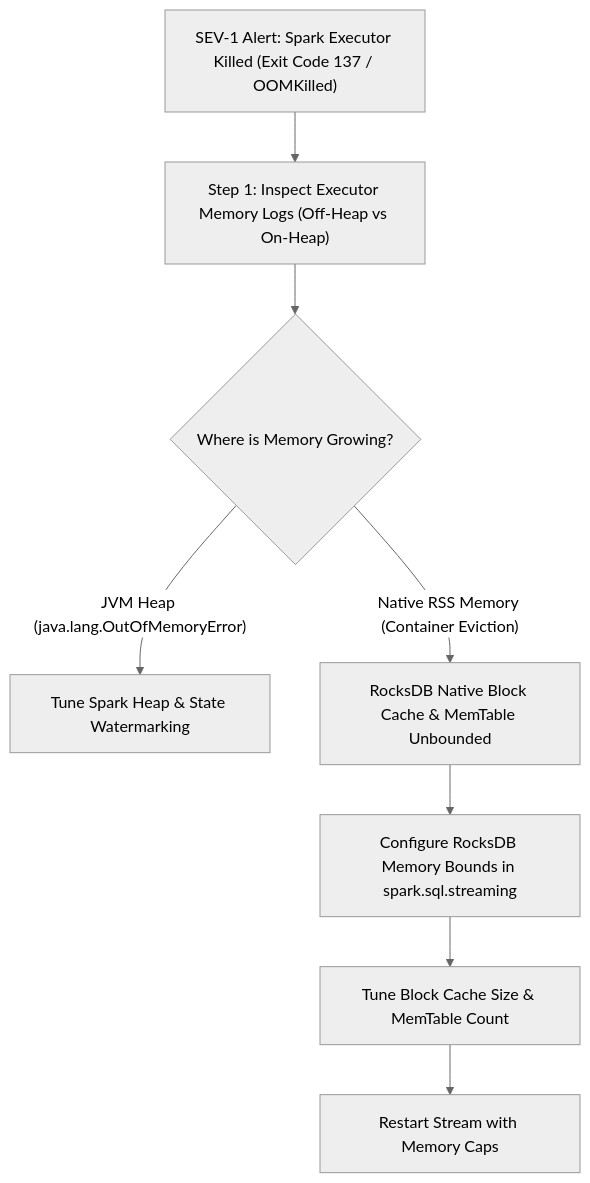
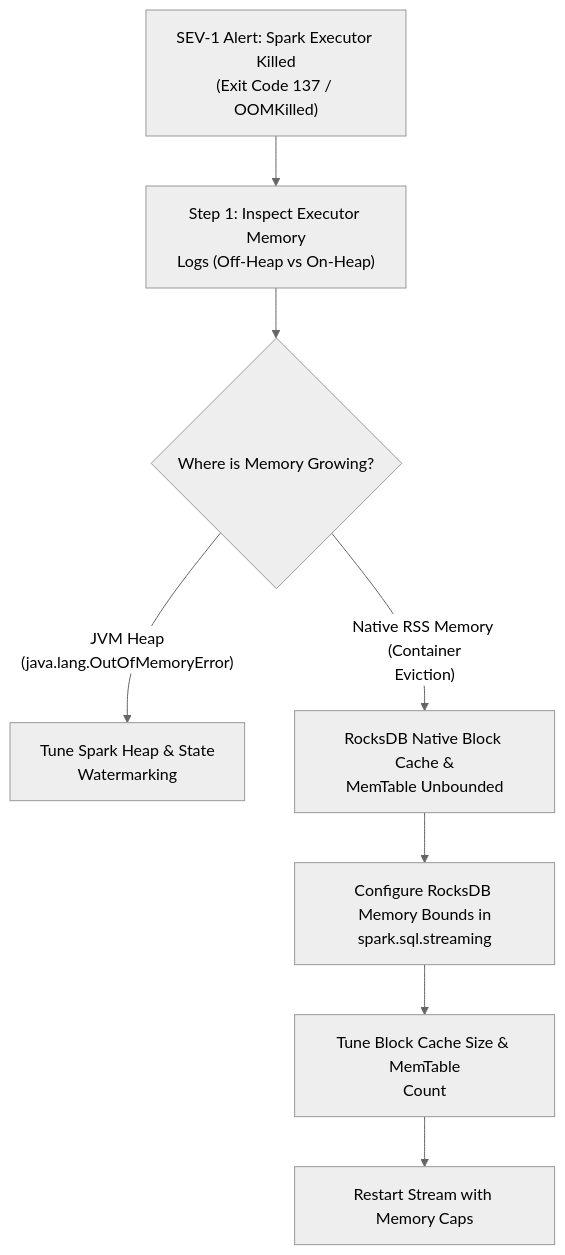
The diagram in runbooks/05_rocksdb_offheap_memory_leak_triage.md (santoshjammi29/streaming-handbook), drawn with Mermaid (neutral theme) before and after one commit. The commit also changed 11 other files, not shown here.

Commit message:
fix(diagrams): word-wrap labels and escape comparison operators across all diagrams

````diff
--- a/runbooks/05_rocksdb_offheap_memory_leak_triage.md
+++ b/runbooks/05_rocksdb_offheap_memory_leak_triage.md
@@ -12,12 +12,12 @@
 ```mermaid
 flowchart TD
-    Alert["SEV-1 Alert: Spark Executor Killed (Exit Code 137 / OOMKilled)"] --> CheckLogs["Step 1: Inspect Executor Memory Logs (Off-Heap vs On-Heap)"]
+    Alert["SEV-1 Alert: Spark Executor Killed<br/>(Exit Code 137 / OOMKilled)"] --> CheckLogs["Step 1: Inspect Executor Memory<br/>Logs (Off-Heap vs On-Heap)"]
     CheckLogs --> MemoryCategory{"Where is Memory Growing?"}
 
-    MemoryCategory -->|"JVM Heap (java.lang.OutOfMemoryError)"| HeapLeak["Tune Spark Heap & State Watermarking"]
-    MemoryCategory -->|"Native RSS Memory (Container Eviction)"| NativeLeak["RocksDB Native Block Cache & MemTable Unbounded"]
+    MemoryCategory -->|"JVM Heap<br/>(java.lang.OutOfMemoryError)"| HeapLeak["Tune Spark Heap & State<br/>Watermarking"]
+    MemoryCategory -->|"Native RSS Memory (Container<br/>Eviction)"| NativeLeak["RocksDB Native Block Cache &<br/>MemTable Unbounded"]
 
-    NativeLeak --> SetBoundedMemory["Configure RocksDB Memory Bounds in spark.sql.streaming"]
-    SetBoundedMemory --> TuneCompaction["Tune Block Cache Size & MemTable Count"]
+    NativeLeak --> SetBoundedMemory["Configure RocksDB Memory Bounds in<br/>spark.sql.streaming"]
+    SetBoundedMemory --> TuneCompaction["Tune Block Cache Size & MemTable<br/>Count"]
     TuneCompaction --> RestartExecutors["Restart Stream with Memory Caps"]
 ```
````
